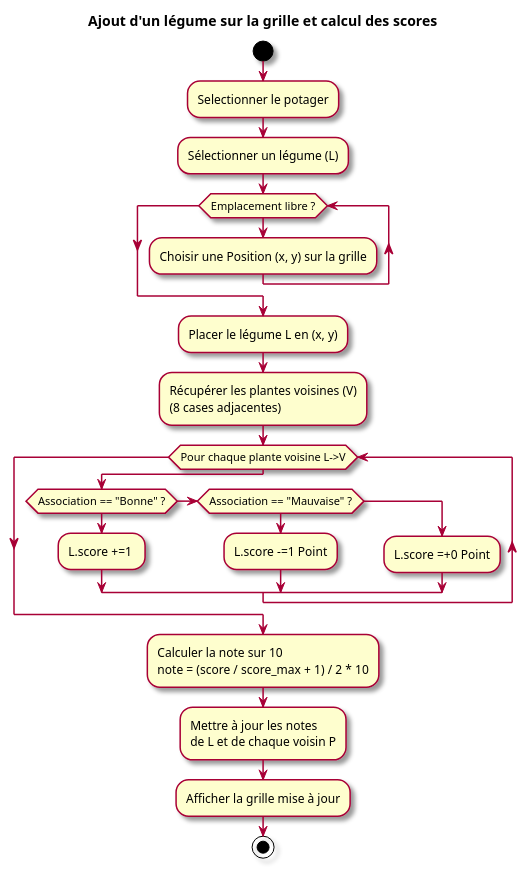
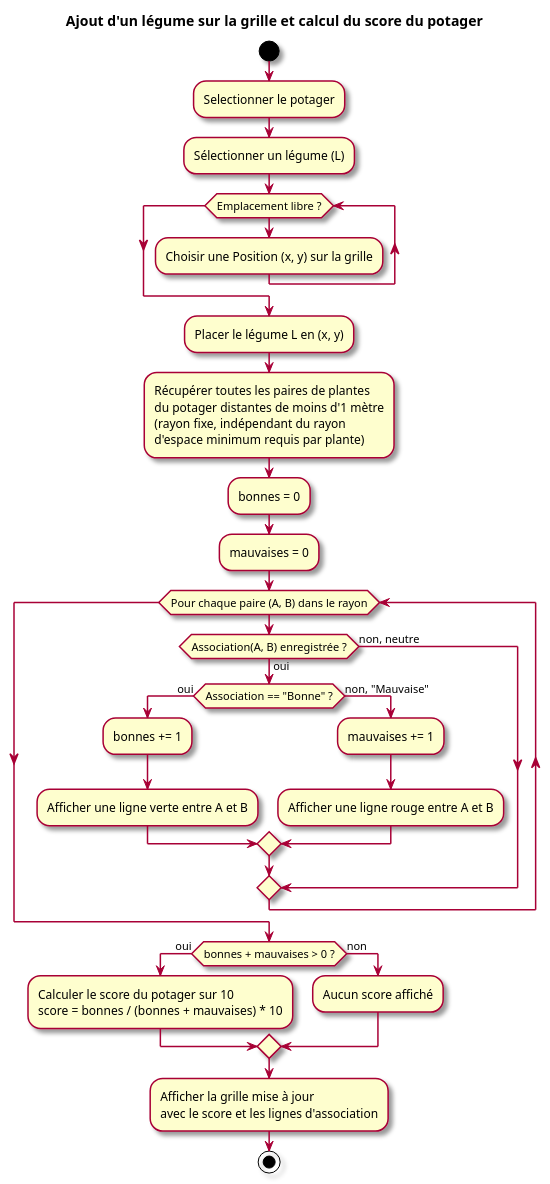
One commit to olivaux/planpotager changed the fifth of 7 diagrams in specs/01_Expression_des_besoins_v0.1.md. Above: the diagram before and after it, drawn with PlantUML. The commit also changed other lines of this file and 16 other files, not shown here.

````diff
--- a/specs/01_Expression_des_besoins_v0.1.md
+++ b/specs/01_Expression_des_besoins_v0.1.md
@@ -469,42 +472,51 @@
 ```plantuml
 @startuml
   skin rose
-  title Ajout d'un légume sur la grille et calcul des scores
+  title Ajout d'un légume sur la grille et calcul du score du potager
 
   start
 
   :Selectionner le potager;
 
   :Sélectionner un légume (L);
 
   while (Emplacement libre ?)
     :Choisir une Position (x, y) sur la grille;
   endwhile
   :Placer le légume L en (x, y);
 
-  :Récupérer les plantes voisines (V)
-  (8 cases adjacentes);
+  :Récupérer toutes les paires de plantes
+  du potager distantes de moins d'1 mètre
+  (rayon fixe, indépendant du rayon
+  d'espace minimum requis par plante);
 
-  while (Pour chaque plante voisine L->V)
+  :bonnes = 0;
+  :mauvaises = 0;
 
-    if (Association == "Bonne" ?)
-      :L.score +=1 ;
-    else if (Association == "Mauvaise" ?)
-      :L.score -=1 Point;
-    else
-      :L.score =+0 Point;
+  while (Pour chaque paire (A, B) dans le rayon)
+    if (Association(A, B) enregistrée ?) then (oui)
+      if (Association == "Bonne" ?) then (oui)
+        :bonnes += 1;
+        :Afficher une ligne verte entre A et B;
+      else (non, "Mauvaise")
+        :mauvaises += 1;
+        :Afficher une ligne rouge entre A et B;
+      endif
+    else (non, neutre)
     endif
   endwhile
 
-  :Calculer la note sur 10
-  note = (score / score_max + 1) / 2 * 10;
+  if (bonnes + mauvaises > 0 ?) then (oui)
+    :Calculer le score du potager sur 10
+    score = bonnes / (bonnes + mauvaises) * 10;
+  else (non)
+    :Aucun score affiché;
+  endif
 
-  :Mettre à jour les notes
-  de L et de chaque voisin P;
-
-  :Afficher la grille mise à jour;
+  :Afficher la grille mise à jour
+  avec le score et les lignes d'association;
 
   stop
 
 @enduml
 ```
````
